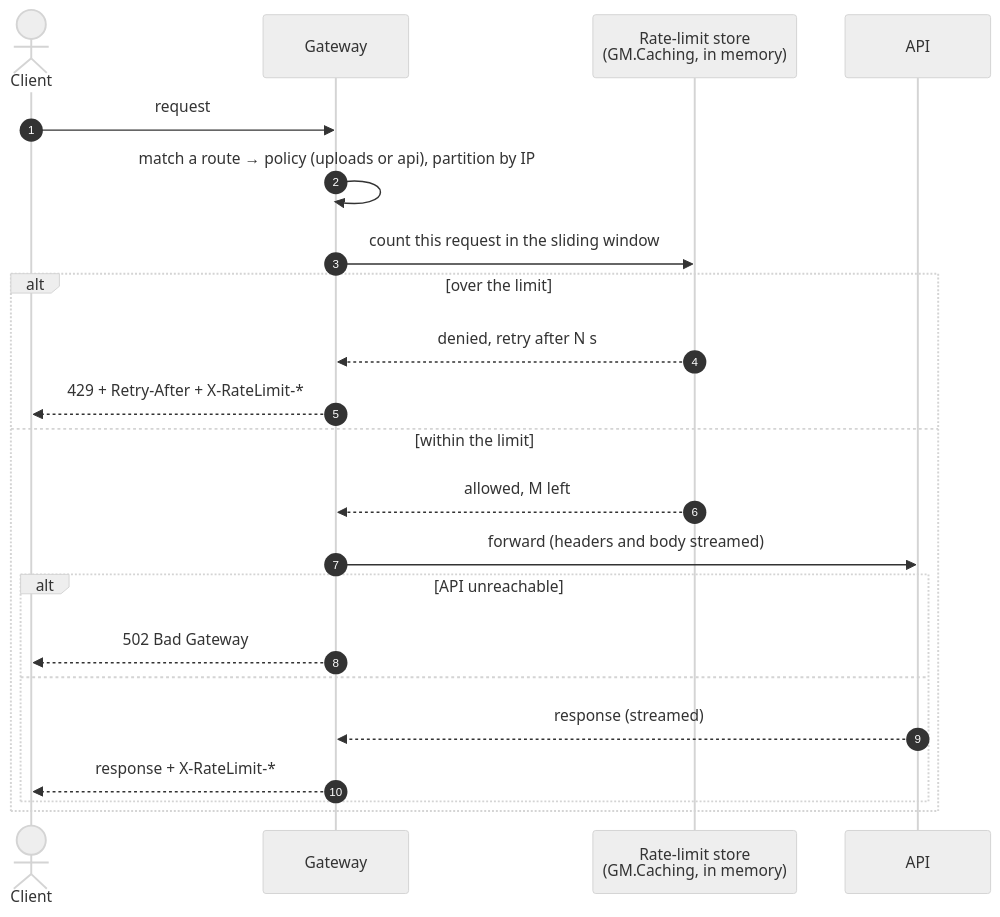
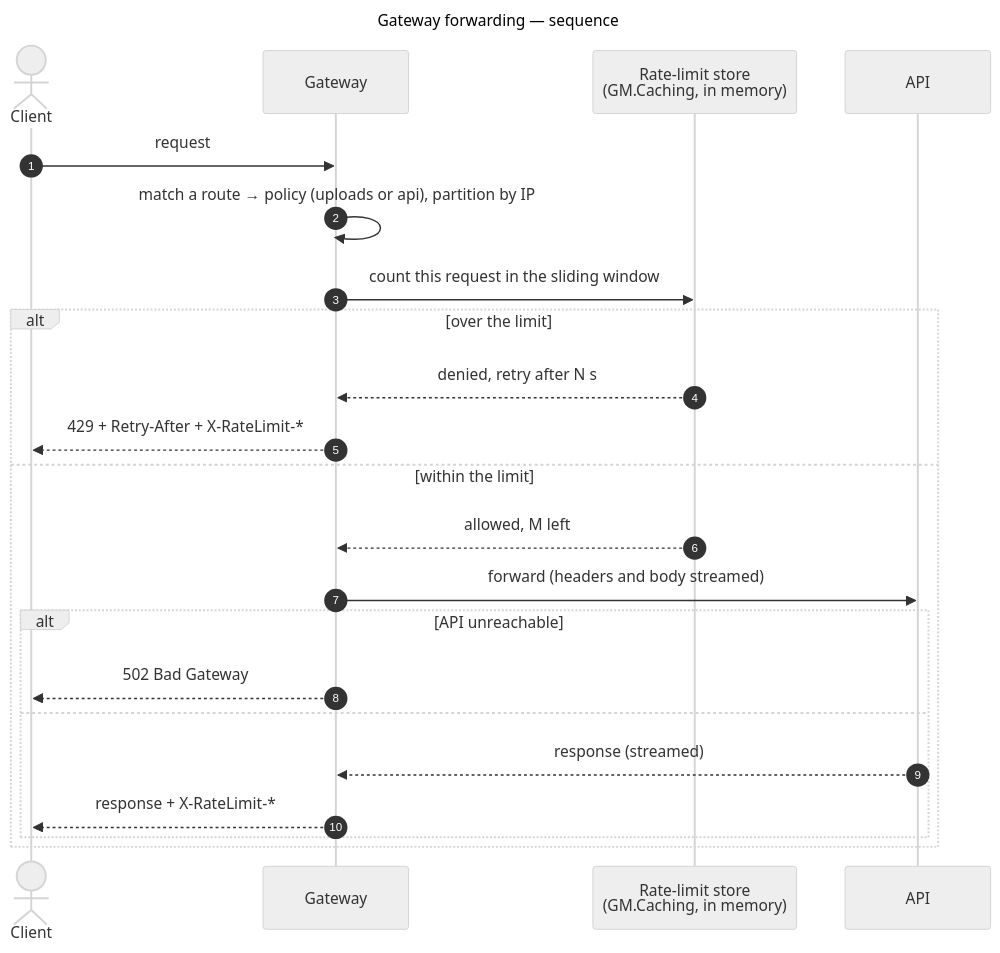
The second of 14 diagrams in docs/sequence-diagrams.md (gmetskhvarishvili/GM.FileStorage.Samples), drawn with Mermaid (neutral theme) before and after one commit. The commit also changed other lines of this file and 7 other files, not shown here.

First line of the commit message:
docs: name every diagram "subject — kind" and index them

````diff
--- a/docs/sequence-diagrams.md
+++ b/docs/sequence-diagrams.md
@@ -59,25 +60,28 @@
 ```mermaid
+---
+title: Gateway forwarding — sequence
+---
 sequenceDiagram
     autonumber
     actor C as Client
     participant G as Gateway
     participant RL as Rate-limit store<br/>(GM.Caching, in memory)
     participant API
 
     C->>G: request
     G->>G: match a route → policy (uploads or api), partition by IP
     G->>RL: count this request in the sliding window
     alt over the limit
         RL-->>G: denied, retry after N s
         G-->>C: 429 + Retry-After + X-RateLimit-*
     else within the limit
         RL-->>G: allowed, M left
         G->>API: forward (headers and body streamed)
         alt API unreachable
             G-->>C: 502 Bad Gateway
         else
             API-->>G: response (streamed)
             G-->>C: response + X-RateLimit-*
         end
     end
 ```
````
